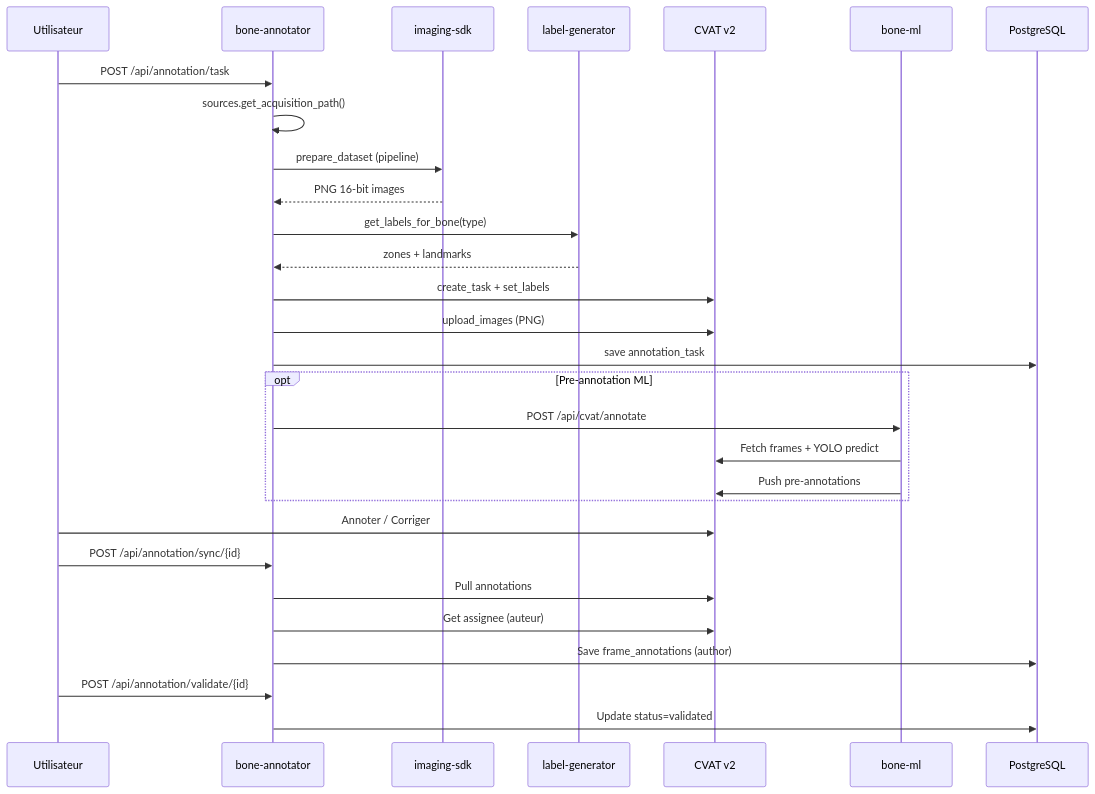
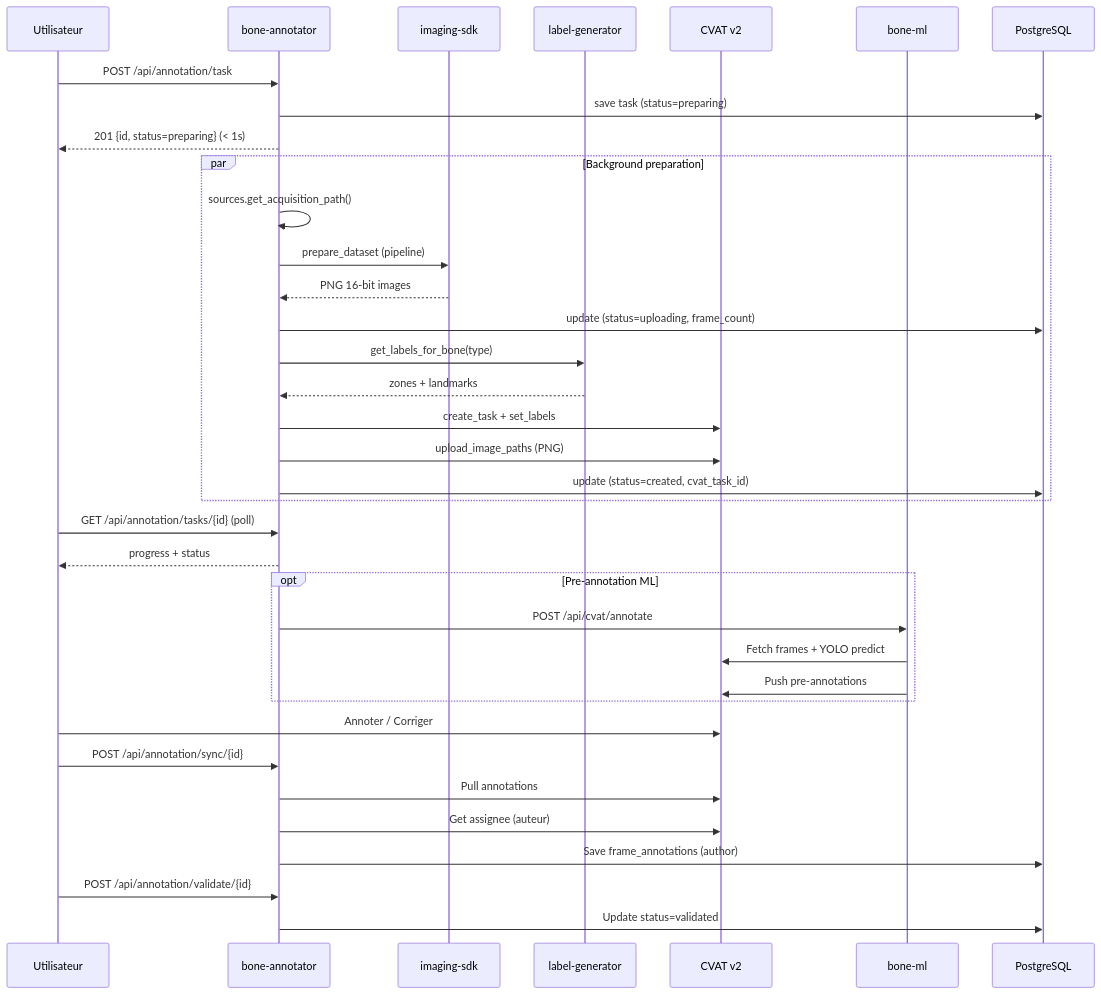
The second of 4 diagrams in DIAGRAM.md (VersoVet/bone-annotator), drawn with Mermaid before and after one commit. The commit also changed 5 other files, not shown here.

First line of the commit message:
feat: expose async task progress in GET /api/annotation/tasks

````diff
--- a/DIAGRAM.md
+++ b/DIAGRAM.md
@@ -64,36 +64,45 @@
 ```mermaid
 sequenceDiagram
     participant User as Utilisateur
     participant BA as bone-annotator
     participant SDK as imaging-sdk
     participant LG as label-generator
     participant CVAT as CVAT v2
     participant BML as bone-ml
     participant PG as PostgreSQL
 
     User->>BA: POST /api/annotation/task
-    BA->>BA: sources.get_acquisition_path()
-    BA->>SDK: prepare_dataset (pipeline)
-    SDK-->>BA: PNG 16-bit images
-    BA->>LG: get_labels_for_bone(type)
-    LG-->>BA: zones + landmarks
-    BA->>CVAT: create_task + set_labels
-    BA->>CVAT: upload_images (PNG)
-    BA->>PG: save annotation_task
+    BA->>PG: save task (status=preparing)
+    BA-->>User: 201 {id, status=preparing} (< 1s)
+
+    par Background preparation
+        BA->>BA: sources.get_acquisition_path()
+        BA->>SDK: prepare_dataset (pipeline)
+        SDK-->>BA: PNG 16-bit images
+        BA->>PG: update (status=uploading, frame_count)
+        BA->>LG: get_labels_for_bone(type)
+        LG-->>BA: zones + landmarks
+        BA->>CVAT: create_task + set_labels
+        BA->>CVAT: upload_image_paths (PNG)
+        BA->>PG: update (status=created, cvat_task_id)
+    end
+
+    User->>BA: GET /api/annotation/tasks/{id} (poll)
+    BA-->>User: progress + status
 
     opt Pre-annotation ML
         BA->>BML: POST /api/cvat/annotate
         BML->>CVAT: Fetch frames + YOLO predict
         BML->>CVAT: Push pre-annotations
     end
 
     User->>CVAT: Annoter / Corriger
 
     User->>BA: POST /api/annotation/sync/{id}
     BA->>CVAT: Pull annotations
     BA->>CVAT: Get assignee (auteur)
     BA->>PG: Save frame_annotations (author)
 
     User->>BA: POST /api/annotation/validate/{id}
     BA->>PG: Update status=validated
 ```
````
